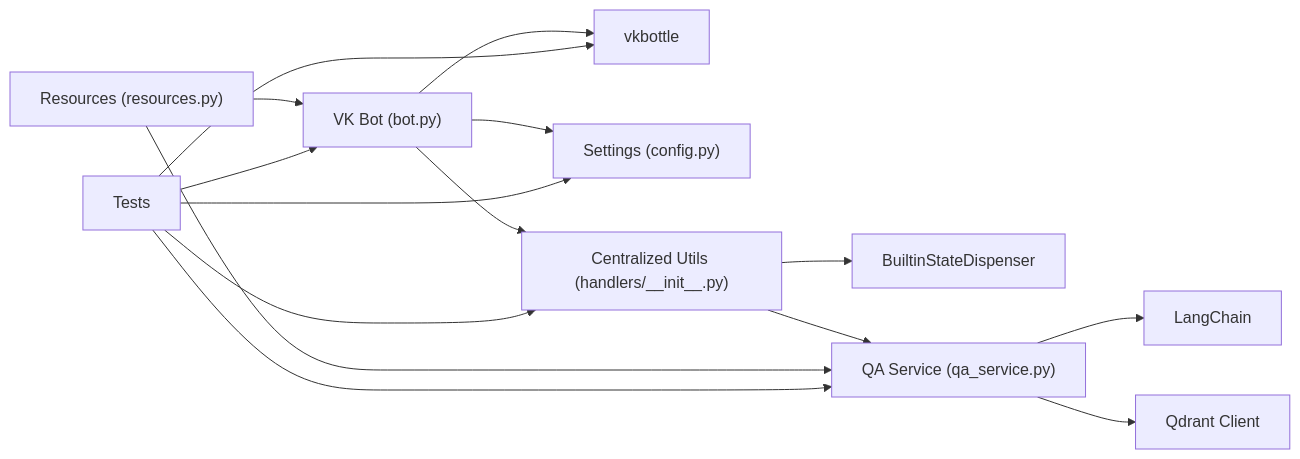
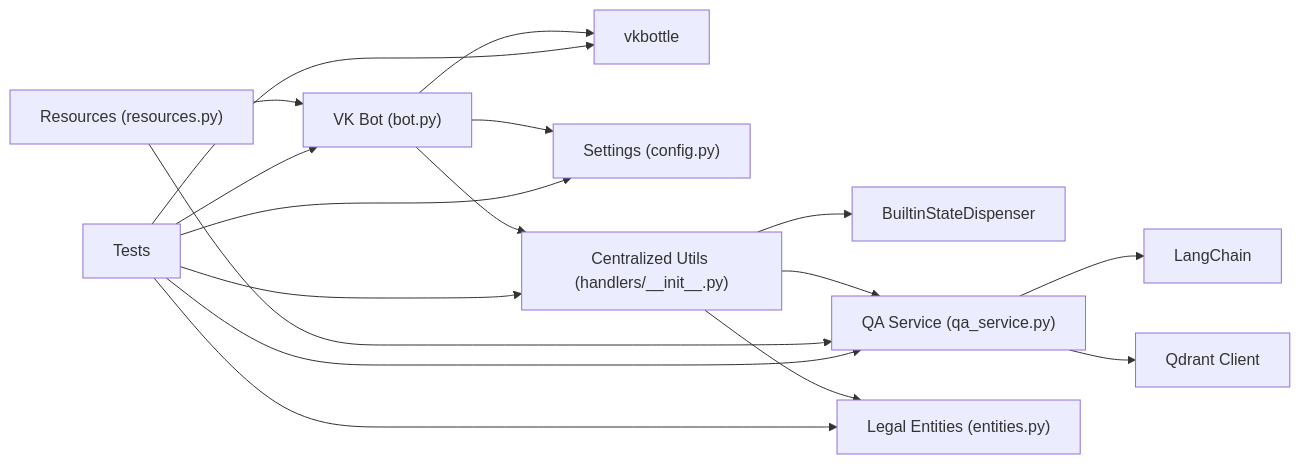
One commit to ognelis/cafetera_hr_bot changed diagram 16 of 16 in .qoder/repowiki/en/content/VK Integration/VK Integration.md. Above: the diagram before and after it, drawn with Mermaid. The commit also changed other lines of this file and 26 other files, not shown here.

````diff
--- a/.qoder/repowiki/en/content/VK Integration/VK Integration.md
+++ b/.qoder/repowiki/en/content/VK Integration/VK Integration.md
@@ -754,17 +859,19 @@
 ```mermaid
 graph LR
 VKBot["VK Bot (bot.py)"] --> VKFw["vkbottle"]
 VKBot --> Cfg["Settings (config.py)"]
 VKBot --> Utils["Centralized Utils (handlers/__init__.py)"]
 Utils --> SD["BuiltinStateDispenser"]
 Utils --> QA["QA Service (qa_service.py)"]
+Utils --> Entities["Legal Entities (entities.py)"]
 QA --> LangChain["LangChain"]
 QA --> Qdrant["Qdrant Client"]
 Resources["Resources (resources.py)"] --> VKBot
 Resources --> QA
 Tests["Tests"] --> VKBot
 Tests --> Utils
 Tests --> QA
+Tests --> Entities
 Tests --> VKFw
 Tests --> Cfg
 ```
````
